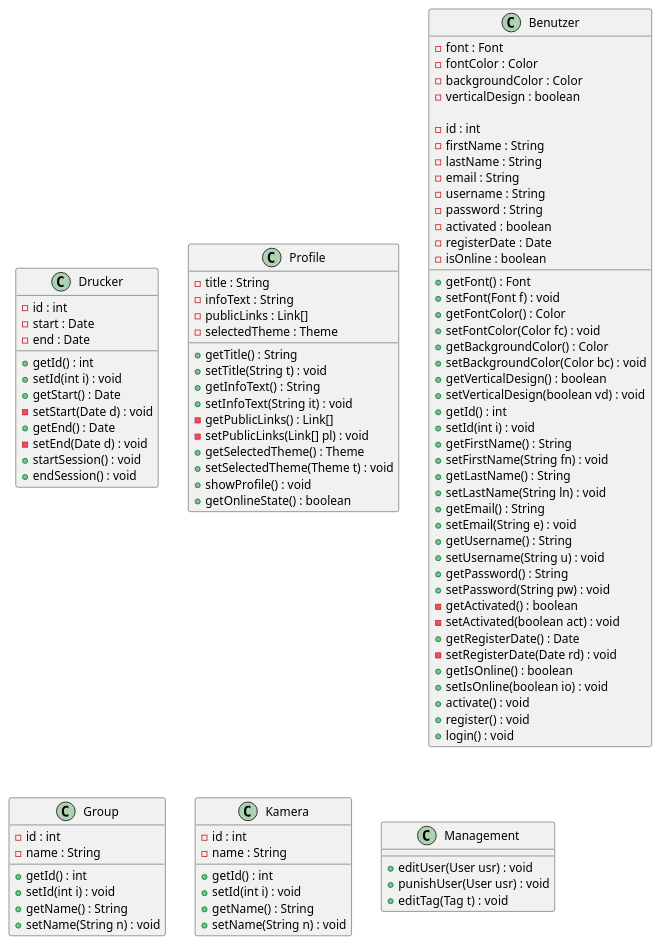
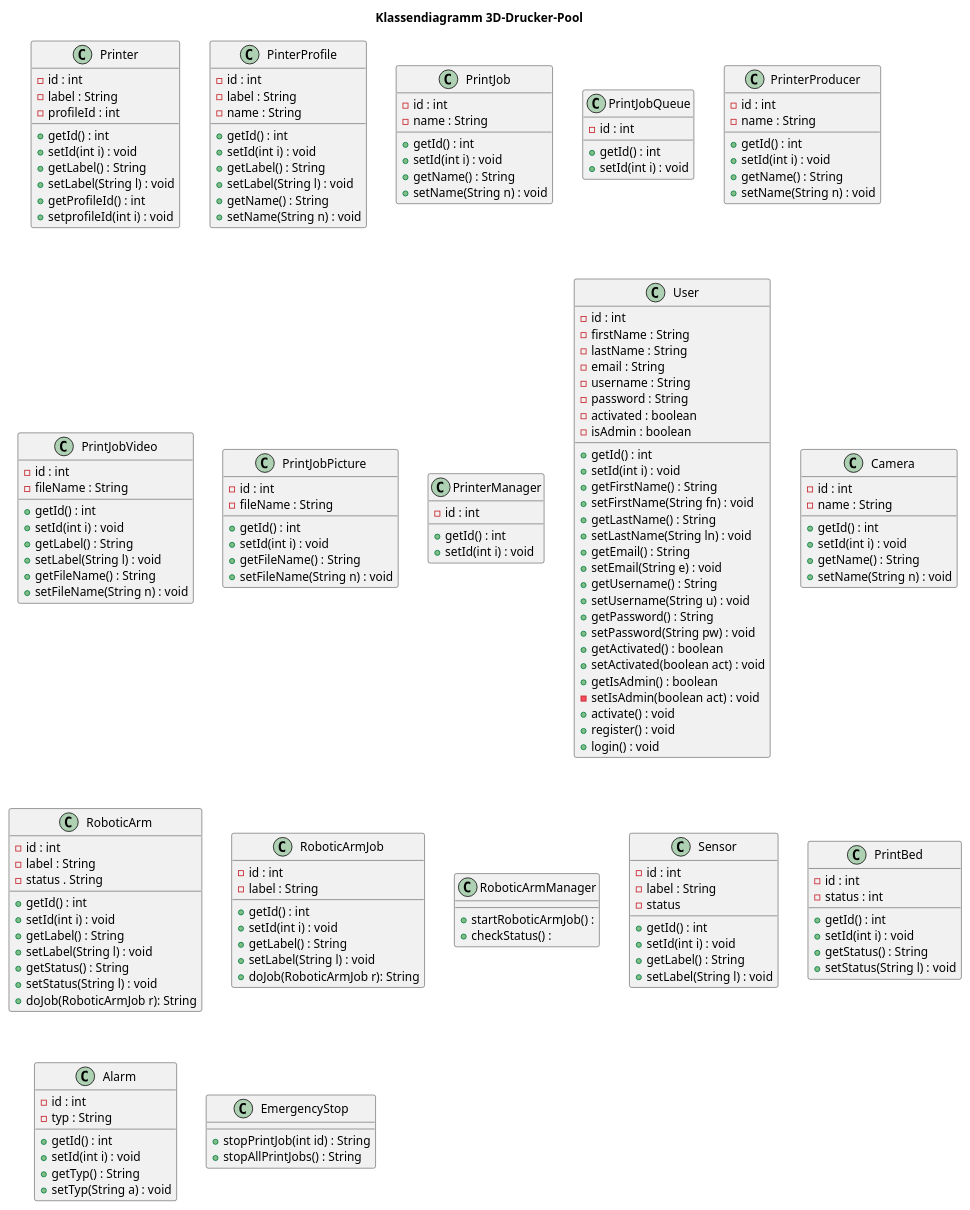
The diagram in 001_uml/02_mm_klassendiagramm.puml (MaxMali/VuWmSoftwareentwicklung), drawn with PlantUML before and after one commit.

Commit message:
Update 02_mm_klassendiagramm
Entwurf  Klassen

```diff
--- a/001_uml/02_mm_klassendiagramm.puml
+++ b/001_uml/02_mm_klassendiagramm.puml
@@ -3,54 +1,101 @@
 @startuml
-class Drucker {
+
+title Klassendiagramm 3D-Drucker-Pool
+
+class Printer {
   - id : int
-  - start : Date
-  - end : Date
+  - label : String
+  - profileId : int
 
   + getId() : int
   + setId(int i) : void
-  + getStart() : Date
-  - setStart(Date d) : void
-  + getEnd() : Date
-  - setEnd(Date d) : void
-  + startSession() : void
-  + endSession() : void
+  + getLabel() : String
+  + setLabel(String l) : void
+  + getProfileId() : int
+  + setprofileId(int i) : void
+
 }
 
-class Profile {
-  - title : String
-  - infoText : String
-  - publicLinks : Link[]
-  - selectedTheme : Theme
+class PinterProfile {
+  - id : int
+  - label : String
+  - name : String
 
-  + getTitle() : String
-  + setTitle(String t) : void
-  + getInfoText() : String
-  + setInfoText(String it) : void
-  - getPublicLinks() : Link[]
-  - setPublicLinks(Link[] pl) : void
-  + getSelectedTheme() : Theme
-  + setSelectedTheme(Theme t) : void
-  + showProfile() : void
-  + getOnlineState() : boolean
+  + getId() : int
+  + setId(int i) : void
+  + getLabel() : String
+  + setLabel(String l) : void
+  + getName() : String
+  + setName(String n) : void
+
 }
 
-class Benutzer {
-  - font : Font
-  - fontColor : Color
-  - backgroundColor : Color
-  - verticalDesign : boolean
 
-  + getFont() : Font
-  + setFont(Font f) : void
-  + getFontColor() : Color
-  + setFontColor(Color fc) : void
-  + getBackgroundColor() : Color
-  + setBackgroundColor(Color bc) : void
-  + getVerticalDesign() : boolean
-  + setVerticalDesign(boolean vd) : void
+class PrintJob {
+  - id : int
+  - name : String
+
+  + getId() : int
+  + setId(int i) : void
+  + getName() : String
+  + setName(String n) : void
+
 }
 
-class Benutzer {
+class PrintJobQueue {
+  - id : int
+
+  + getId() : int
+  + setId(int i) : void
+
+}
+
+class PrinterProducer {
+  - id : int
+  - name : String
+
+  + getId() : int
+  + setId(int i) : void
+  + getName() : String
+  + setName(String n) : void
+
+}
+
+class PrintJobVideo {
+  - id : int
+  - fileName : String
+
+  + getId() : int
+  + setId(int i) : void
+  + getLabel() : String
+  + setLabel(String l) : void
+  + getFileName() : String
+  + setFileName(String n) : void
+
+}
+
+class PrintJobPicture {
+  - id : int
+  - fileName : String
+
+  + getId() : int
+  + setId(int i) : void
+  + getFileName() : String
+  + setFileName(String n) : void
+
+}
+
+class PrinterManager {
+  - id : int
+
+
+  + getId() : int
+  + setId(int i) : void
+
+}
+
+
+class User {
   - id : int
   - firstName : String
   - lastName : String
@@ -58,8 +103,7 @@
   - username : String
   - password : String
   - activated : boolean
-  - registerDate : Date
-  - isOnline : boolean
+  - isAdmin : boolean
 
   + getId() : int
   + setId(int i) : void
@@ -73,18 +117,17 @@
   + setUsername(String u) : void
   + getPassword() : String
   + setPassword(String pw) : void
-  - getActivated() : boolean
-  - setActivated(boolean act) : void
-  + getRegisterDate() : Date
-  - setRegisterDate(Date rd) : void
-  + getIsOnline() : boolean
-  + setIsOnline(boolean io) : void
+  + getActivated() : boolean
+  + setActivated(boolean act) : void
+  + getIsAdmin() : boolean
+  - setIsAdmin(boolean act) : void
   + activate() : void
   + register() : void
   + login() : void
 }
 
-class Group {
+
+class Camera {
   - id : int
   - name : String
 
@@ -94,39 +137,84 @@
   + setName(String n) : void
 }
 
-class Kamera {
+
+class RoboticArm {
   - id : int
-  - name : String
+  - label : String
+  - status . String
 
   + getId() : int
   + setId(int i) : void
-  + getName() : String
-  + setName(String n) : void
+  + getLabel() : String
+  + setLabel(String l) : void
+  + getStatus() : String
+  + setStatus(String l) : void
+  + doJob(RoboticArmJob r): String
+
+}
+class RoboticArmJob {
+  - id : int
+  - label : String
+
+  + getId() : int
+  + setId(int i) : void
+  + getLabel() : String
+  + setLabel(String l) : void
+  + doJob(RoboticArmJob r): String
+
 }
 
-class Management {
-  + editUser(User usr) : void
-  + punishUser(User usr) : void
-  + editTag(Tag t) : void
+class RoboticArmManager {
+
+  + startRoboticArmJob() :
+  + checkStatus() :
+
+}
+
+class Sensor {
+  - id : int
+  - label : String
+  - status
+
+  + getId() : int
+  + setId(int i) : void
+  + getLabel() : String
+  + setLabel(String l) : void
+
+
+}
+
+class PrintBed {
+  - id : int
+  - status : int
+
+  + getId() : int
+  + setId(int i) : void
+  + getStatus() : String
+  + setStatus(String l) : void
+
+}
+
+class Alarm {
+  - id : int
+  - typ : String
+
+  + getId() : int
+  + setId(int i) : void
+  + getTyp() : String
+  + setTyp(String a) : void
+
+
+}
+
+class EmergencyStop {
+
+  + stopPrintJob(int id) : String
+  + stopAllPrintJobs() : String
+
 }
 
 
 
 
-
-/'
-UserRole <|-- AdminRole : extends
-Linklist o-- User
-Linklist *-- Link
-Session o-- User
-Group o-- User
-UserRole *-- Group
-AdminRole *-- Group
-AdminRole -- Management
-Link -- Tag
-Profile o-- User
-Profile o-- Theme
-Profile -- Linklist
-Profile -- Session
-'/
 @enduml
```
